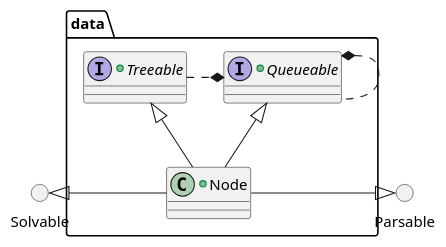
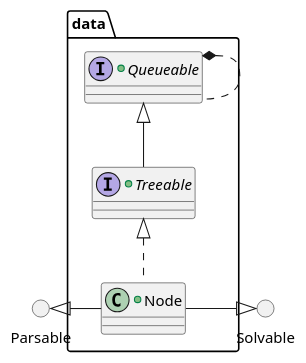
Before and after one commit to vitalispopoff/calculator: the diagram in src/docs/UML/data.puml, drawn with PlantUML. The commit also changed 3 other files, not shown here.

```diff
--- a/src/docs/UML/data.puml
+++ b/src/docs/UML/data.puml
@@ -1,25 +1,23 @@
 @startuml
 
     () Solvable
     () Parsable
 
 package data {
 
     +interface Queueable {
     }
 
-    +interface Treeable {
+    +interface Treeable extends Queueable{
     }
 
-    +class Node {
+    +class Node implements Treeable{
     }
 }
 
         Queueable   *..     Queueable
-        Treeable    .*     Queueable
-        Treeable    <|--   Node
-        Queueable   <|--    Node
-        Parsable    <|-    Node
-        Node        -left-|>  Solvable
+
+        Parsable    <|-right-    Node
+        Node        -right-|>  Solvable
 
 @enduml
```
